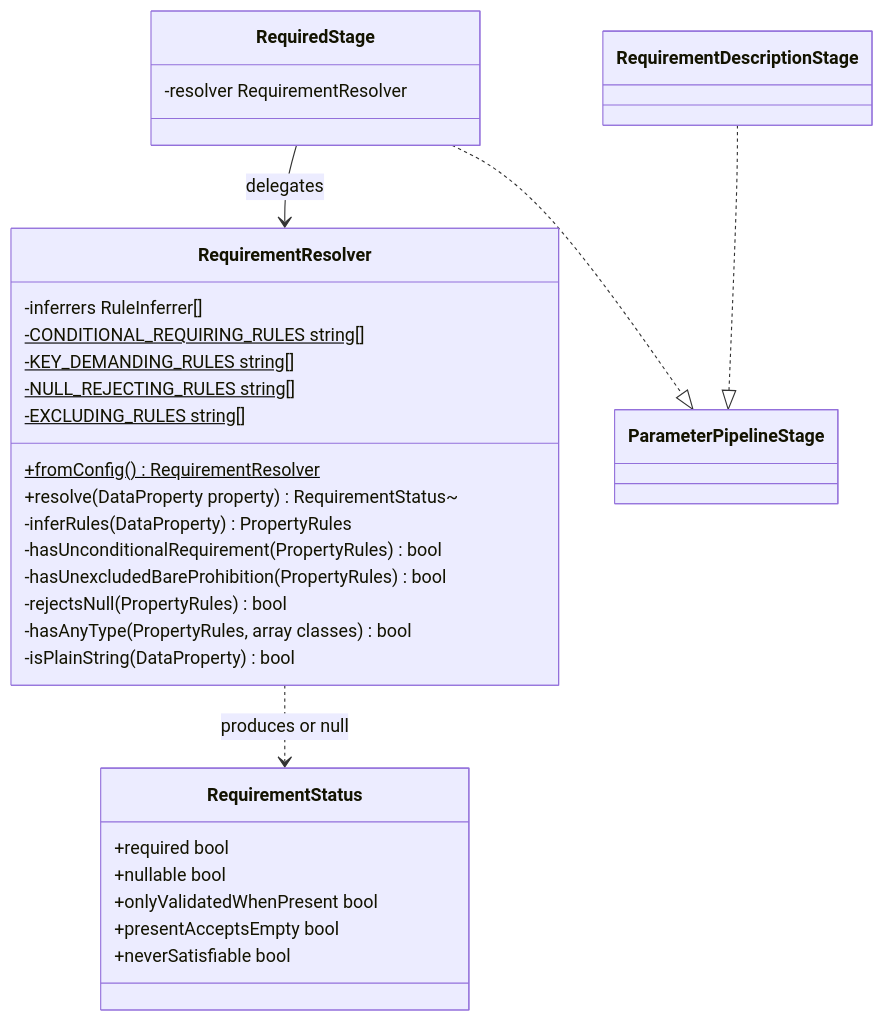
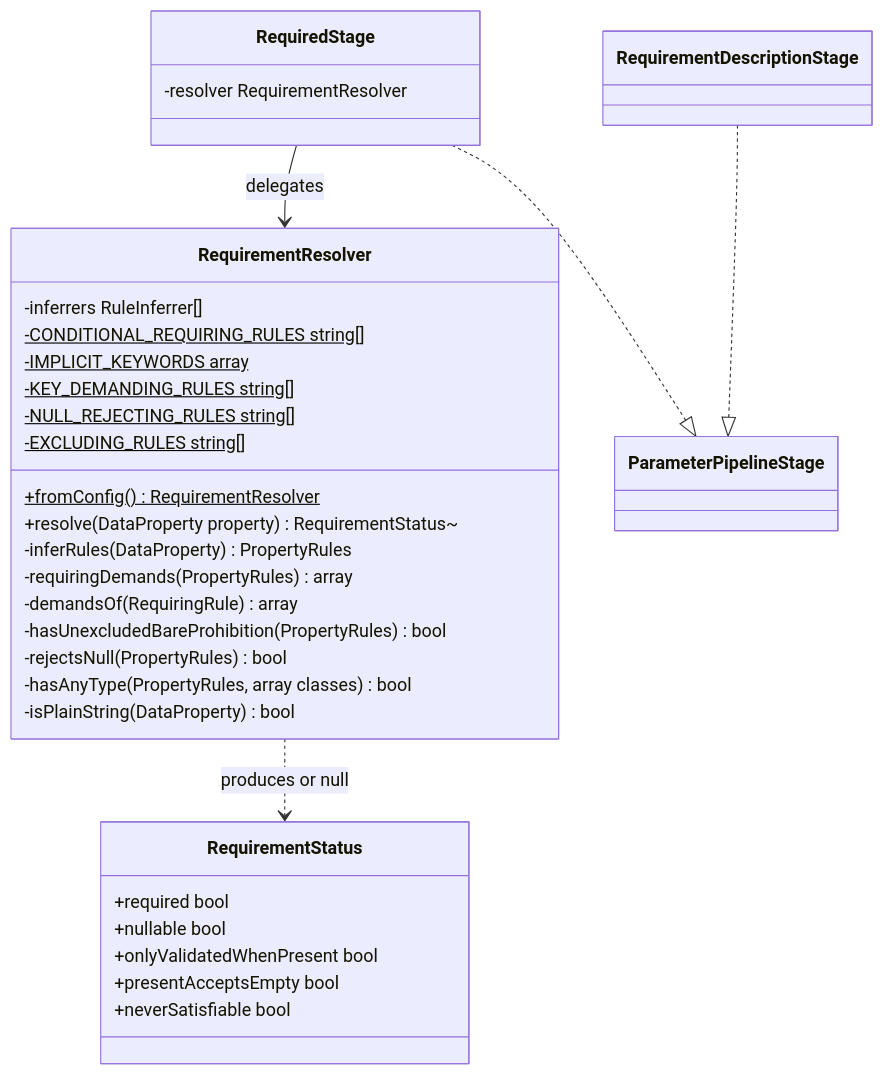
Before and after one commit to abrhadev/laravel-data-docs: the diagram in spdd/prompt/LDD-202609260836-[Canvas]-pipeline-requirement-resolution.md, drawn with Mermaid. The commit also changed other lines of this file and 151 other files, not shown here.

````diff
--- a/spdd/prompt/LDD-202609260836-[Canvas]-pipeline-requirement-resolution.md
+++ b/spdd/prompt/LDD-202609260836-[Canvas]-pipeline-requirement-resolution.md
@@ -19,35 +19,37 @@
 ```mermaid
 classDiagram
     class RequiredStage {
         -resolver RequirementResolver
     }
     class RequirementDescriptionStage
     class RequirementResolver {
         -inferrers RuleInferrer[]
         -CONDITIONAL_REQUIRING_RULES string[]$
+        -IMPLICIT_KEYWORDS array$
         -KEY_DEMANDING_RULES string[]$
         -NULL_REJECTING_RULES string[]$
         -EXCLUDING_RULES string[]$
         +fromConfig() RequirementResolver$
         +resolve(DataProperty property) RequirementStatus~
         -inferRules(DataProperty) PropertyRules
-        -hasUnconditionalRequirement(PropertyRules) bool
+        -requiringDemands(PropertyRules) array
+        -demandsOf(RequiringRule) array
         -hasUnexcludedBareProhibition(PropertyRules) bool
         -rejectsNull(PropertyRules) bool
         -hasAnyType(PropertyRules, array classes) bool
         -isPlainString(DataProperty) bool
     }
 
     class RequirementStatus {
         +required bool
         +nullable bool
         +onlyValidatedWhenPresent bool
         +presentAcceptsEmpty bool
         +neverSatisfiable bool
     }
 
     RequiredStage ..|> ParameterPipelineStage
     RequirementDescriptionStage ..|> ParameterPipelineStage
     RequiredStage --> RequirementResolver : delegates
     RequirementResolver ..> RequirementStatus : produces or null
 ```
````
